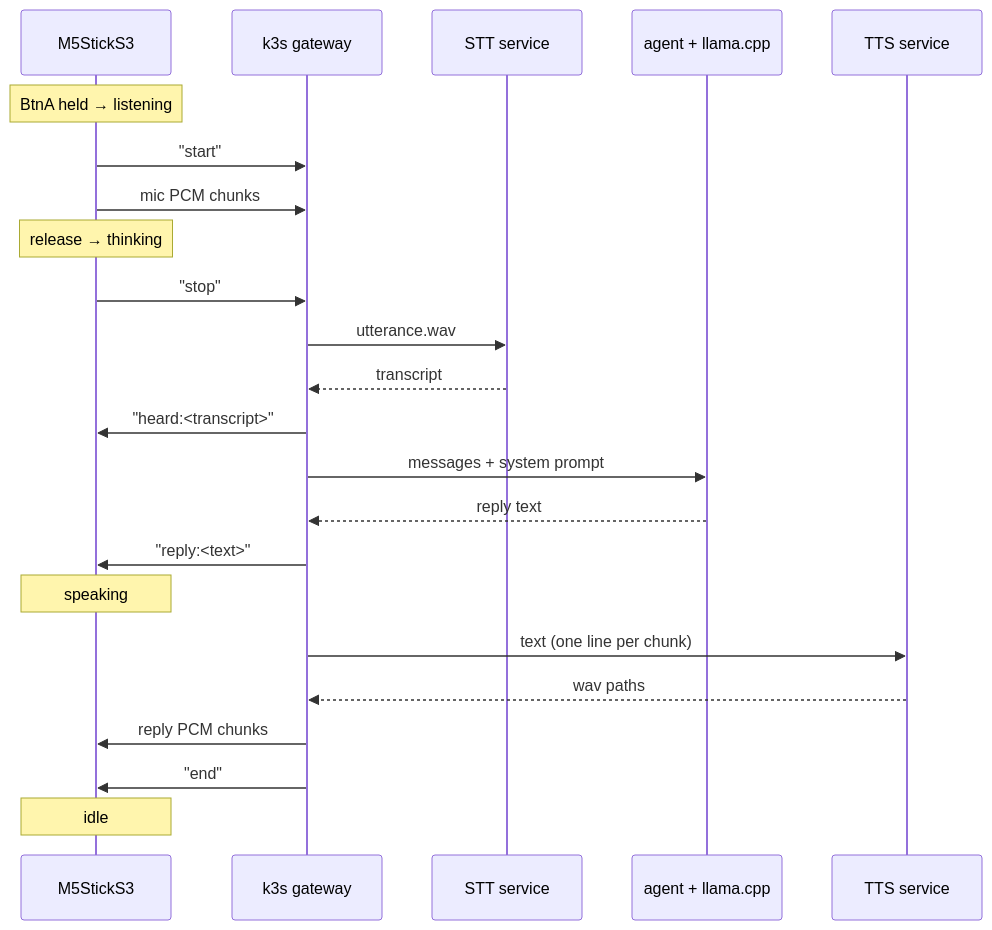
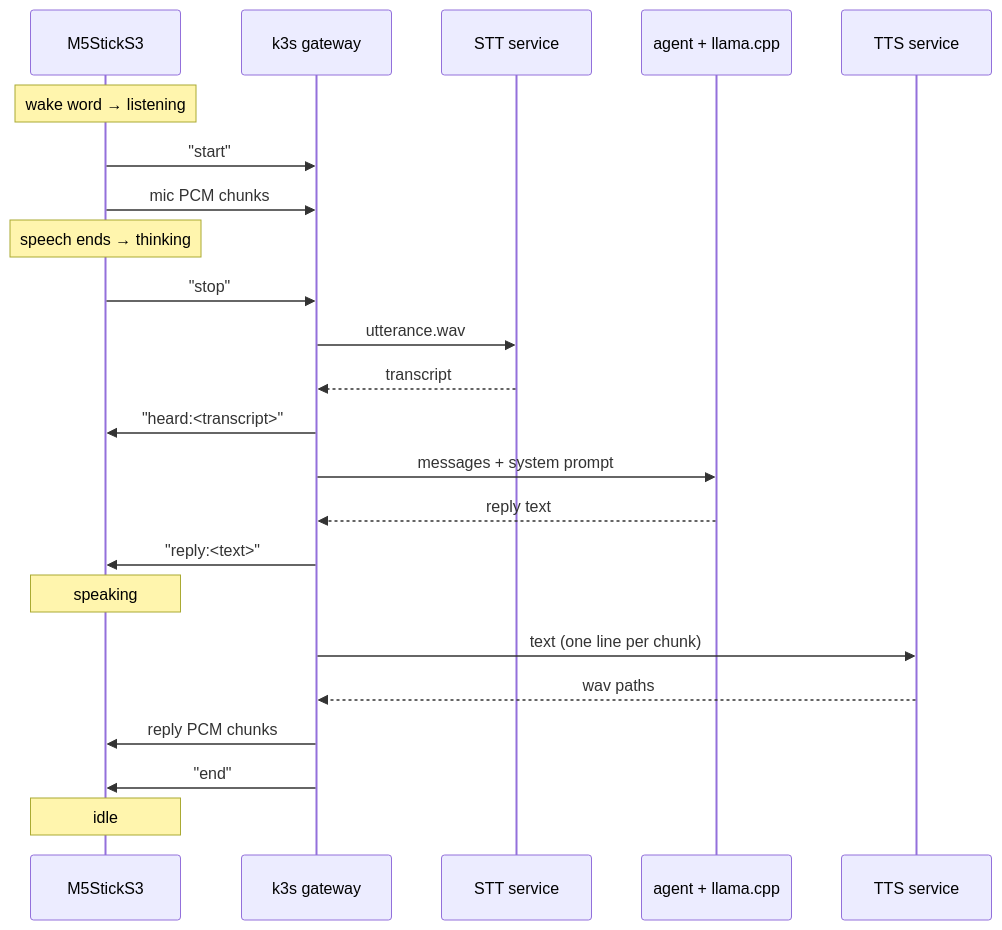
The second of 5 diagrams in README.md (adixg/voice-assistant), drawn with Mermaid before and after one commit. The commit also changed other lines of this file and 5 other files, not shown here.

Commit message:
README rewrite around hands-free use; wake word is now Assistant

````diff
--- a/README.md
+++ b/README.md
@@ -118,26 +68,26 @@
 ```mermaid
 sequenceDiagram
     participant S as M5StickS3
     participant B as k3s gateway
     participant W as STT service
     participant O as agent + llama.cpp
     participant T as TTS service
 
-    Note over S: BtnA held → listening
+    Note over S: wake word → listening
     S->>B: "start"
     S->>B: mic PCM chunks
-    Note over S: release → thinking
+    Note over S: speech ends → thinking
     S->>B: "stop"
     B->>W: utterance.wav
     W-->>B: transcript
     B->>S: "heard:<transcript>"
     B->>O: messages + system prompt
     O-->>B: reply text
     B->>S: "reply:<text>"
     Note over S: speaking
     B->>T: text (one line per chunk)
     T-->>B: wav paths
     B->>S: reply PCM chunks
     B->>S: "end"
     Note over S: idle
 ```
````
